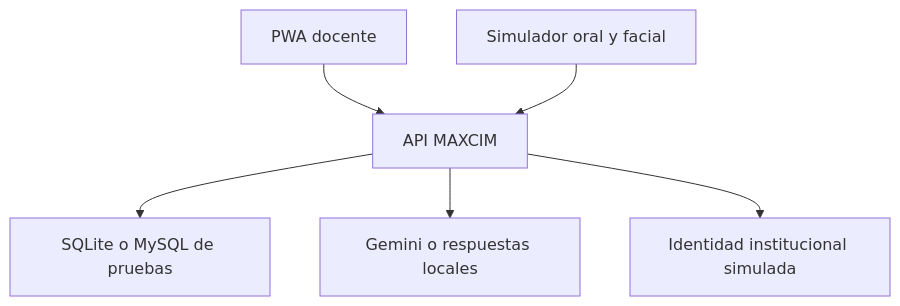
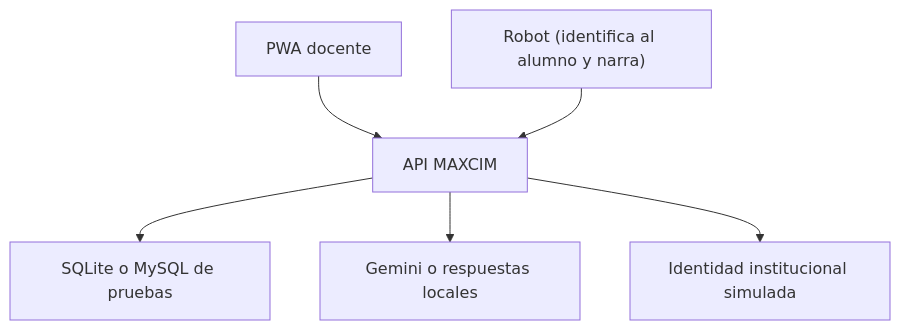
Before and after one commit to arodasr-cima/maxcim_app: the diagram in README.md, drawn with Mermaid. The commit also changed other lines of this file and 9 other files, not shown here.

First line of the commit message:
refactor: simplify backend to the two-table schema

````diff
--- a/README.md
+++ b/README.md
@@ -21,8 +20,8 @@
 ```mermaid
 flowchart TD
     PWA["PWA docente"] --> API["API MAXCIM"]
-    SIM["Simulador oral y facial"] --> API
+    ROBOT["Robot (identifica al alumno y narra)"] --> API
     API --> DB["SQLite o MySQL de pruebas"]
     API --> AI["Gemini o respuestas locales"]
     API --> INST["Identidad institucional simulada"]
 ```
````
